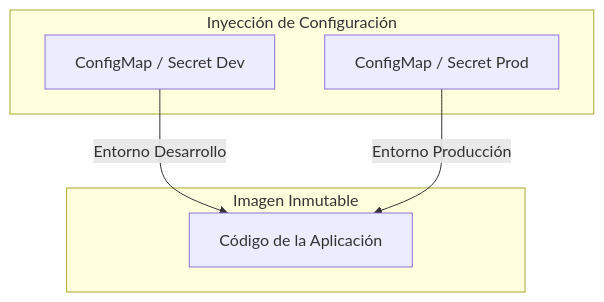
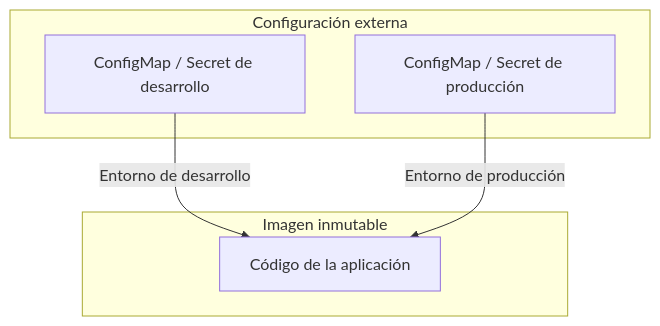
Before and after one commit to ieftraining/curso-openshift: the first of 4 diagrams in docs/sesion2/2.4 Configuracion fuera de la imagen.md, drawn with Mermaid. The commit also changed other lines of this file, not shown here.

````diff
--- a/docs/sesion2/2.4 Configuracion fuera de la imagen.md
+++ b/docs/sesion2/2.4 Configuracion fuera de la imagen.md
@@ -22,11 +26,12 @@
 ```mermaid
 flowchart TD
-    subgraph "Imagen Inmutable"
-        A[Código de la Aplicación]
+    subgraph IMG["Imagen inmutable"]
+        A["Código de la aplicación"]
     end
-
-    subgraph "Inyección de Configuración"
-        B[ConfigMap / Secret Dev] -->|Entorno Desarrollo| A
-        C[ConfigMap / Secret Prod] -->|Entorno Producción| A
+    subgraph CFG["Configuración externa"]
+        B["ConfigMap / Secret de desarrollo"]
+        C["ConfigMap / Secret de producción"]
     end
+    B -->|"Entorno de desarrollo"| A
+    C -->|"Entorno de producción"| A
 ```
````
